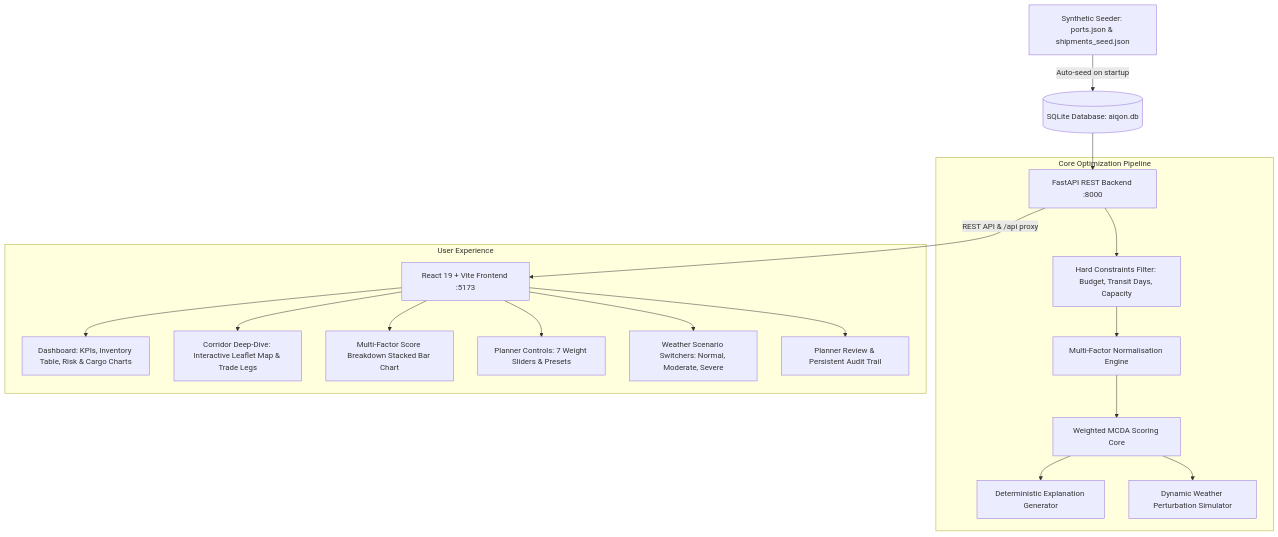
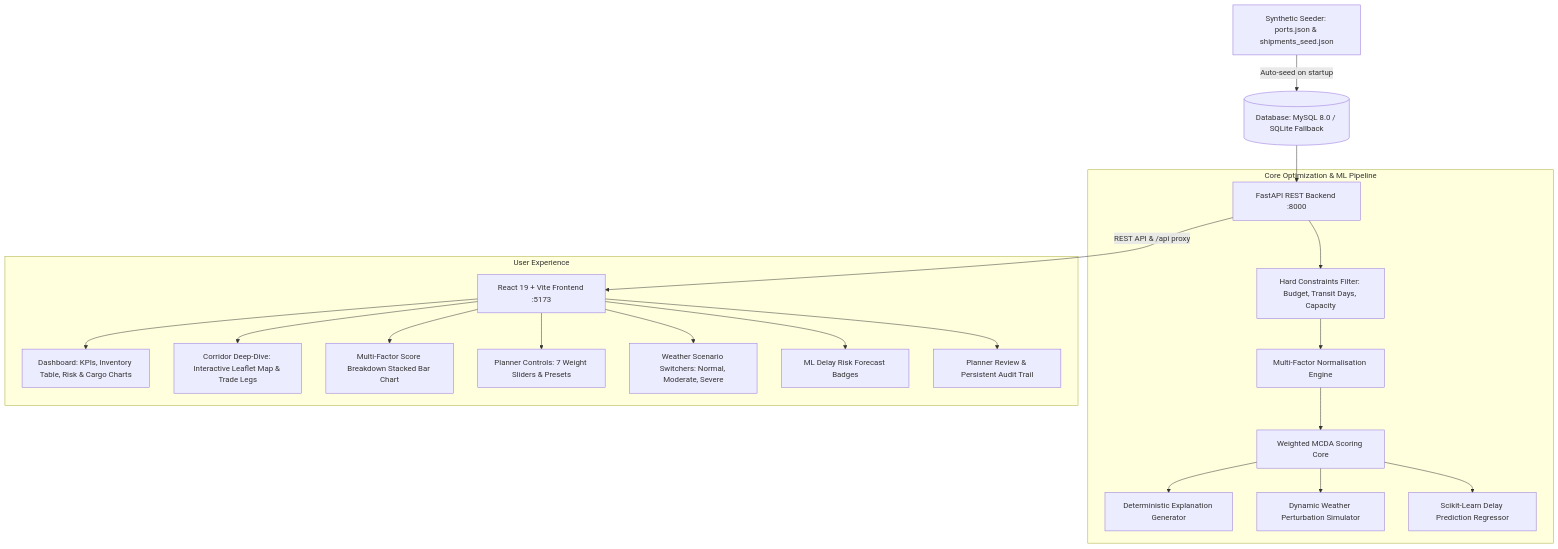
One commit to mohithreddy123-hub/RouteWise changed the diagram in README.md. Above: the diagram before and after it, drawn with Mermaid. The commit also changed other lines of this file and 12 other files, not shown here.

First line of the commit message:
feat: add MySQL migration support and scikit-learn route delay prediction

````diff
--- a/README.md
+++ b/README.md
@@ -30,24 +33,26 @@
 ```mermaid
 graph TD
-    A[Synthetic Seeder: ports.json & shipments_seed.json] -->|Auto-seed on startup| B[(SQLite Database: aiqon.db)]
+    A[Synthetic Seeder: ports.json & shipments_seed.json] -->|Auto-seed on startup| B[(Database: MySQL 8.0 / SQLite Fallback)]
     B --> C[FastAPI REST Backend :8000]
     
-    subgraph Core Optimization Pipeline
+    subgraph Core Optimization & ML Pipeline
         C --> D[Hard Constraints Filter: Budget, Transit Days, Capacity]
         D --> E[Multi-Factor Normalisation Engine]
         E --> F[Weighted MCDA Scoring Core]
         F --> G[Deterministic Explanation Generator]
         F --> H[Dynamic Weather Perturbation Simulator]
+        F --> ML[Scikit-Learn Delay Prediction Regressor]
     end
     
     C -->|REST API & /api proxy| I[React 19 + Vite Frontend :5173]
     
     subgraph User Experience
         I --> J[Dashboard: KPIs, Inventory Table, Risk & Cargo Charts]
         I --> K[Corridor Deep-Dive: Interactive Leaflet Map & Trade Legs]
         I --> L[Multi-Factor Score Breakdown Stacked Bar Chart]
         I --> M[Planner Controls: 7 Weight Sliders & Presets]
         I --> N[Weather Scenario Switchers: Normal, Moderate, Severe]
-        I --> O[Planner Review & Persistent Audit Trail]
+        I --> O[ML Delay Risk Forecast Badges]
+        I --> P[Planner Review & Persistent Audit Trail]
     end
 ```
````
